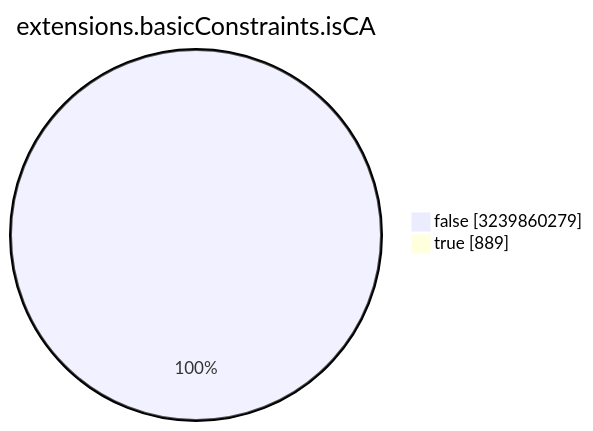
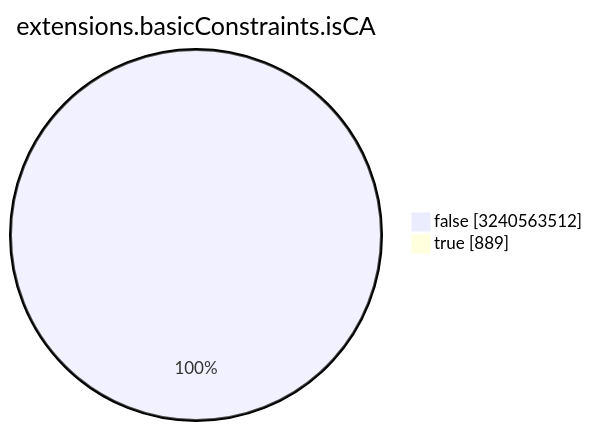
One commit to christiankrug/ctmonitor_visualization changed the seventh of 15 diagrams in TOTAL/README.md. Above: the diagram before and after it, drawn with Mermaid. The commit also changed other lines of this file, not shown here.

````diff
--- a/TOTAL/README.md
+++ b/TOTAL/README.md
@@ -3088,6 +3088,6 @@
 ```mermaid
 pie showData
 title extensions.basicConstraints.isCA
-"false" :3239860279
+"false" :3240563512
 "true" :889
 ```
````
